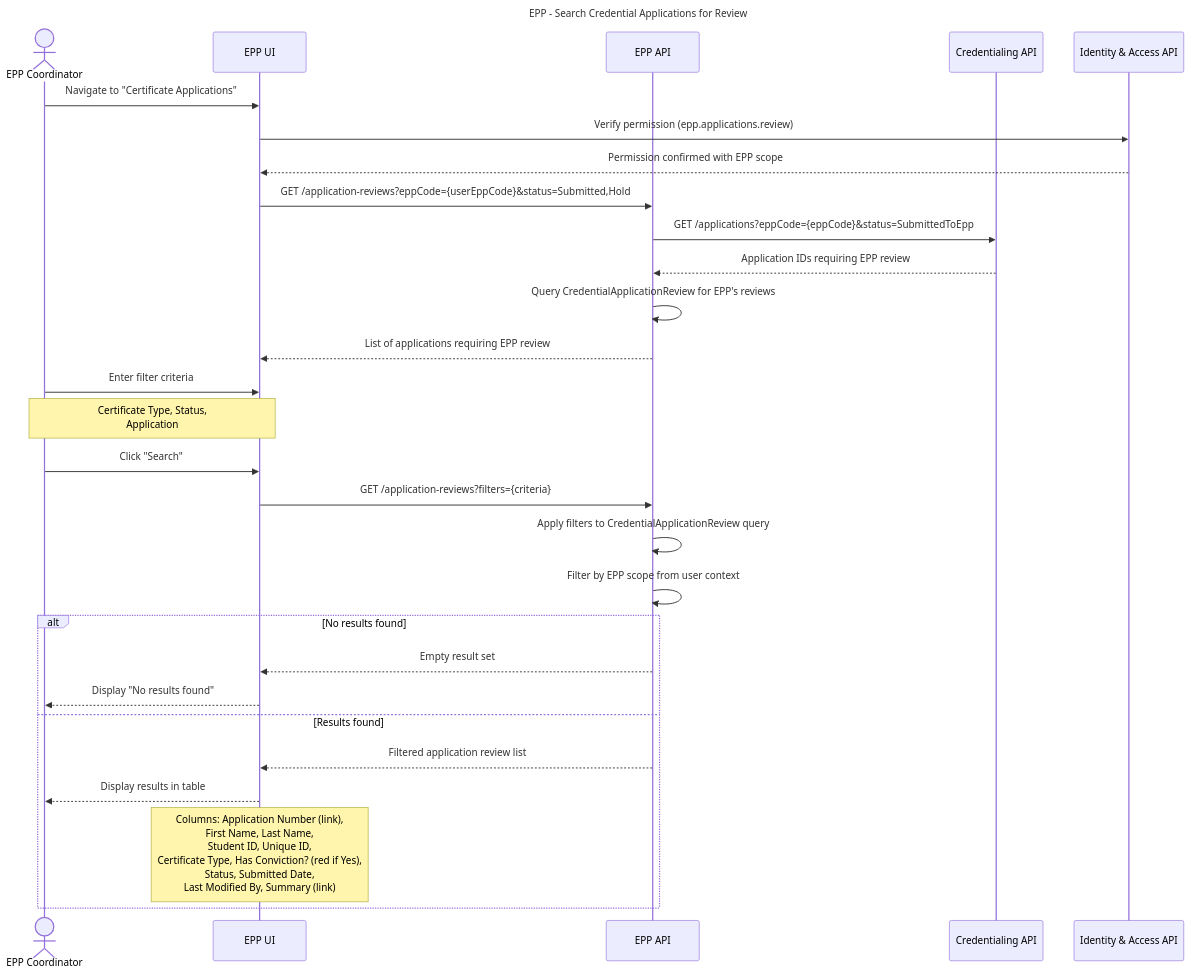
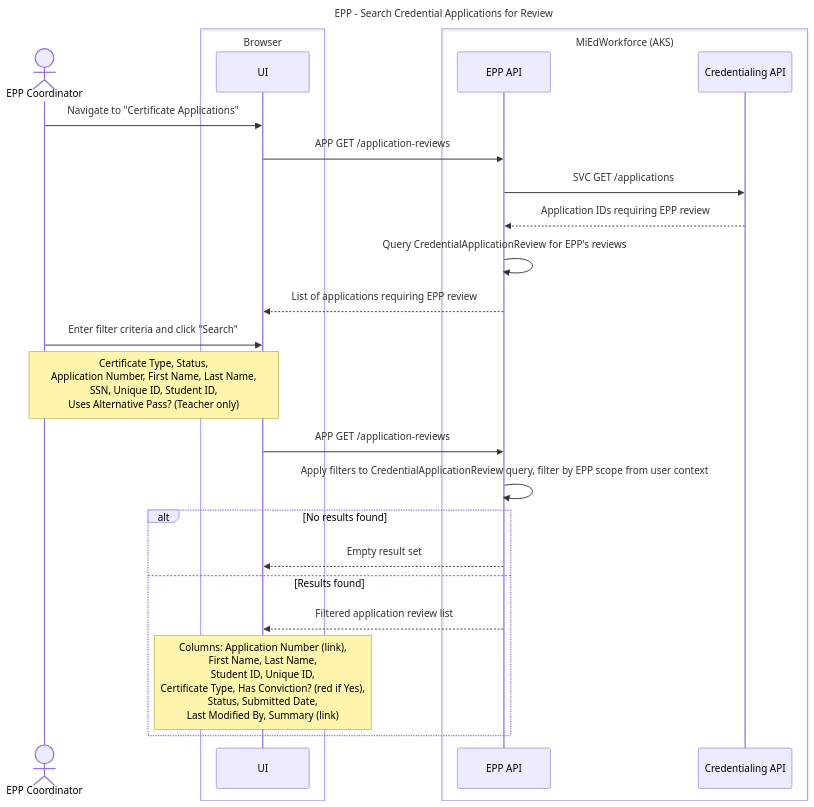
One commit to mnichols-dl/mied-design changed diagram 18 of 29 in working-docs/solution-areas/epp/epp-sequences.md. Above: the diagram before and after it, drawn with Mermaid. The commit also changed other lines of this file and 34 other files, not shown here.

Commit message:
Update sequences and perform RTM assessment

````diff
--- a/working-docs/solution-areas/epp/epp-sequences.md
+++ b/working-docs/solution-areas/epp/epp-sequences.md
@@ -1095,40 +997,36 @@
 ```mermaid
 ---
 title: EPP - Search Credential Applications for Review
 ---
 sequenceDiagram
     actor Coordinator as EPP Coordinator
-    participant UI as EPP UI
-    participant EPPService as EPP API
-    participant CredService as Credentialing API
-    participant IAM as Identity & Access API
-    
+    box Browser
+    participant UI as UI
+    end
+    box MiEdWorkforce (AKS)
+    participant EppApi as EPP API
+    participant CredApi as Credentialing API
+    end
+
     Coordinator->>UI: Navigate to "Certificate Applications"
-    UI->>IAM: Verify permission (epp.applications.review)
-    IAM-->>UI: Permission confirmed with EPP scope
-    
-    UI->>EPPService: GET /application-reviews?eppCode={userEppCode}&status=Submitted,Hold
-    EPPService->>CredService: GET /applications?eppCode={eppCode}&status=SubmittedToEpp
-    CredService-->>EPPService: Application IDs requiring EPP review
-    
-    EPPService->>EPPService: Query CredentialApplicationReview for EPP's reviews
-    EPPService-->>UI: List of applications requiring EPP review
-    
-    Coordinator->>UI: Enter filter criteria
-    Note over Coordinator,UI: Certificate Type, Status,<br/>Application #, First Name, Last Name,<br/>SSN, Unique ID, Student ID,<br/>Uses Alternative Pass? (Teacher only)
-    
-    Coordinator->>UI: Click "Search"
-    UI->>EPPService: GET /application-reviews?filters={criteria}
-    
-    EPPService->>EPPService: Apply filters to CredentialApplicationReview query
-    EPPService->>EPPService: Filter by EPP scope from user context
-    
+
+    UI->>EppApi: APP GET /application-reviews
+    EppApi->>CredApi: SVC GET /applications
+    CredApi-->>EppApi: Application IDs requiring EPP review
+
+    EppApi->>EppApi: Query CredentialApplicationReview for EPP's reviews
+    EppApi-->>UI: List of applications requiring EPP review
+
+    Coordinator->>UI: Enter filter criteria and click "Search"
+    Note over Coordinator,UI: Certificate Type, Status,<br/>Application Number, First Name, Last Name,<br/>SSN, Unique ID, Student ID,<br/>Uses Alternative Pass? (Teacher only)
+
+    UI->>EppApi: APP GET /application-reviews
+    EppApi->>EppApi: Apply filters to CredentialApplicationReview query, filter by EPP scope from user context
+
     alt No results found
-        EPPService-->>UI: Empty result set
-        UI-->>Coordinator: Display "No results found"
+        EppApi-->>UI: Empty result set
     else Results found
-        EPPService-->>UI: Filtered application review list
-        UI-->>Coordinator: Display results in table
+        EppApi-->>UI: Filtered application review list
         Note over UI: Columns: Application Number (link),<br/>First Name, Last Name,<br/>Student ID, Unique ID,<br/>Certificate Type, Has Conviction? (red if Yes),<br/>Status, Submitted Date,<br/>Last Modified By, Summary (link)
     end
 ```
````
